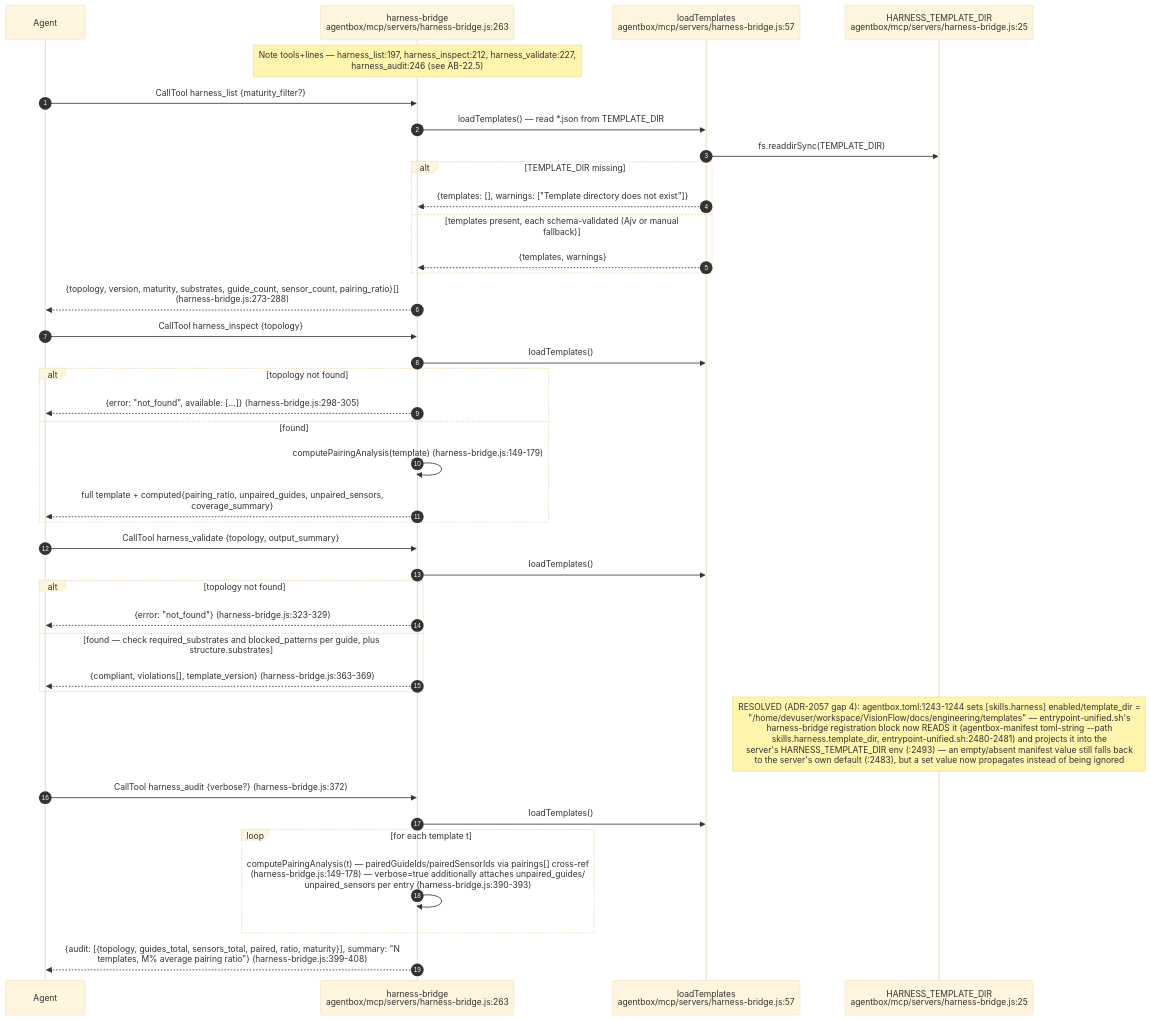
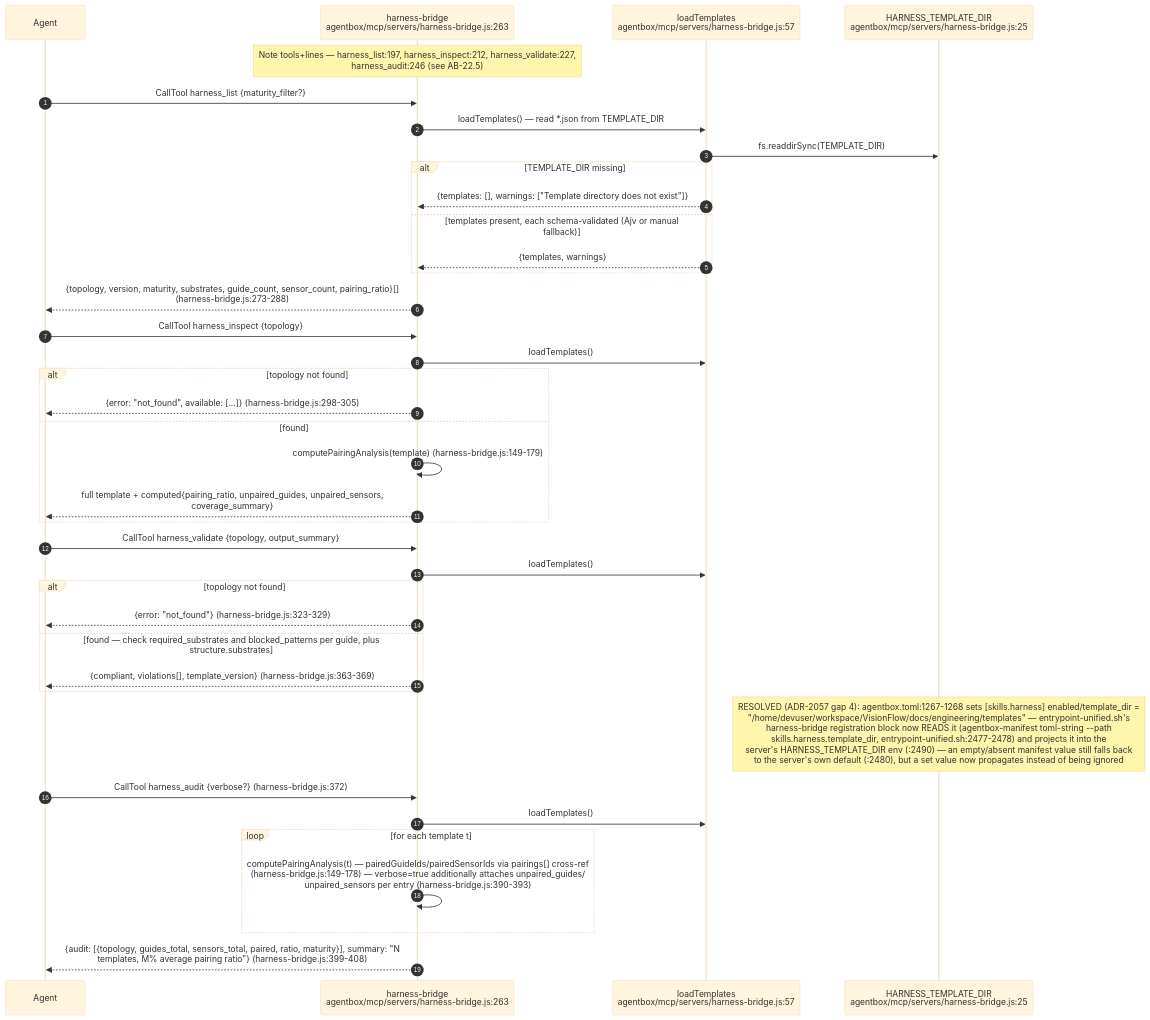
One commit to DreamLab-AI/VisionFlow changed the fifth of 12 diagrams in docs/diagrams/agentbox/22-skills-and-routing.md. Above: the diagram before and after it, drawn with Mermaid (base theme). The commit also changed other lines of this file and 145 other files, not shown here.

````diff
--- a/docs/diagrams/agentbox/22-skills-and-routing.md
+++ b/docs/diagrams/agentbox/22-skills-and-routing.md
@@ -215,44 +215,44 @@
 ```mermaid
 sequenceDiagram
     autonumber
     participant AG as Agent
     participant HB as harness-bridge<br/>agentbox/mcp/servers/harness-bridge.js:263
     participant LT as loadTemplates<br/>agentbox/mcp/servers/harness-bridge.js:57
     participant TD as HARNESS_TEMPLATE_DIR<br/>agentbox/mcp/servers/harness-bridge.js:25
 
     Note over HB: Note tools+lines — harness_list:197, harness_inspect:212, harness_validate:227,<br/>harness_audit:246 (see AB-22.5)
     AG->>HB: CallTool harness_list {maturity_filter?}
     HB->>LT: loadTemplates() — read *.json from TEMPLATE_DIR
     LT->>TD: fs.readdirSync(TEMPLATE_DIR)
     alt TEMPLATE_DIR missing
         LT-->>HB: {templates: [], warnings: ["Template directory does not exist"]}
     else templates present, each schema-validated (Ajv or manual fallback)
         LT-->>HB: {templates, warnings}
     end
     HB-->>AG: {topology, version, maturity, substrates, guide_count, sensor_count, pairing_ratio}[]<br/>(harness-bridge.js:273-288)
 
     AG->>HB: CallTool harness_inspect {topology}
     HB->>LT: loadTemplates()
     alt topology not found
         HB-->>AG: {error: "not_found", available: [...]} (harness-bridge.js:298-305)
     else found
         HB->>HB: computePairingAnalysis(template) (harness-bridge.js:149-179)
         HB-->>AG: full template + computed{pairing_ratio, unpaired_guides, unpaired_sensors,<br/>coverage_summary}
     end
 
     AG->>HB: CallTool harness_validate {topology, output_summary}
     HB->>LT: loadTemplates()
     alt topology not found
         HB-->>AG: {error: "not_found"} (harness-bridge.js:323-329)
     else found — check required_substrates and blocked_patterns per guide, plus structure.substrates
         HB-->>AG: {compliant, violations[], template_version} (harness-bridge.js:363-369)
     end
-    Note over TD: RESOLVED (ADR-2057 gap 4): agentbox.toml:1243-1244 sets [skills.harness] enabled/template_dir =<br/>"/home/devuser/workspace/VisionFlow/docs/engineering/templates" — entrypoint-unified.sh's<br/>harness-bridge registration block now READS it (agentbox-manifest toml-string --path<br/>skills.harness.template_dir, entrypoint-unified.sh:2480-2481) and projects it into the<br/>server's HARNESS_TEMPLATE_DIR env (:2493) — an empty/absent manifest value still falls back<br/>to the server's own default (:2483), but a set value now propagates instead of being ignored
+    Note over TD: RESOLVED (ADR-2057 gap 4): agentbox.toml:1267-1268 sets [skills.harness] enabled/template_dir =<br/>"/home/devuser/workspace/VisionFlow/docs/engineering/templates" — entrypoint-unified.sh's<br/>harness-bridge registration block now READS it (agentbox-manifest toml-string --path<br/>skills.harness.template_dir, entrypoint-unified.sh:2477-2478) and projects it into the<br/>server's HARNESS_TEMPLATE_DIR env (:2490) — an empty/absent manifest value still falls back<br/>to the server's own default (:2480), but a set value now propagates instead of being ignored
 
     AG->>HB: CallTool harness_audit {verbose?} (harness-bridge.js:372)
     HB->>LT: loadTemplates()
     loop for each template t
         HB->>HB: computePairingAnalysis(t) — pairedGuideIds/pairedSensorIds via pairings[] cross-ref<br/>(harness-bridge.js:149-178) — verbose=true additionally attaches unpaired_guides/<br/>unpaired_sensors per entry (harness-bridge.js:390-393)
     end
     HB-->>AG: {audit: [{topology, guides_total, sensors_total, paired, ratio, maturity}], summary: "N<br/>templates, M% average pairing ratio"} (harness-bridge.js:399-408)
 ```
````
